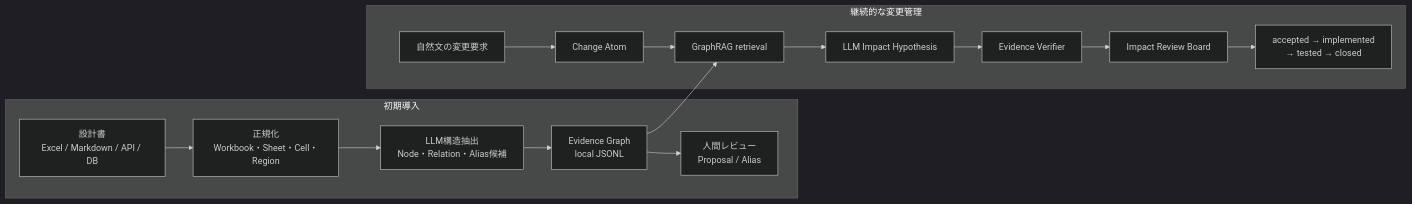
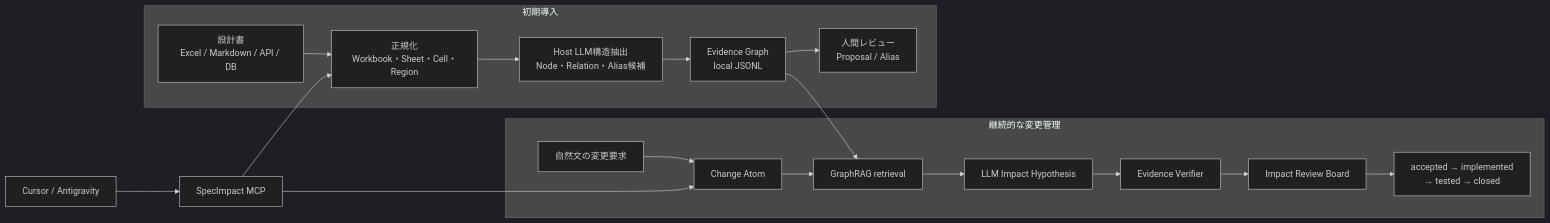
The first of 2 diagrams in README.md (kanan6377/SpecImpact), drawn with Mermaid (dark theme) before and after one commit. The commit also changed other lines of this file and 109 other files, not shown here.

Commit message:
feat: add Agent Host MCP integrations

````diff
--- a/README.md
+++ b/README.md
@@ -40,19 +40,22 @@
 ```mermaid
 flowchart LR
+    HOST["Cursor / Antigravity"] --> MCP["SpecImpact MCP"]
     subgraph Onboarding["初期導入"]
         A["設計書<br/>Excel / Markdown / API / DB"] --> B["正規化<br/>Workbook・Sheet・Cell・Region"]
-        B --> C["LLM構造抽出<br/>Node・Relation・Alias候補"]
+        B --> C["Host LLM構造抽出<br/>Node・Relation・Alias候補"]
         C --> D["Evidence Graph<br/>local JSONL"]
         D --> E["人間レビュー<br/>Proposal / Alias"]
     end
 
     subgraph Change["継続的な変更管理"]
         F["自然文の変更要求"] --> G["Change Atom"]
         G --> H["GraphRAG retrieval"]
         D --> H
         H --> I["LLM Impact Hypothesis"]
         I --> J["Evidence Verifier"]
         J --> K["Impact Review Board"]
         K --> L["accepted → implemented<br/>→ tested → closed"]
     end
+    MCP --> B
+    MCP --> G
 ```
````
